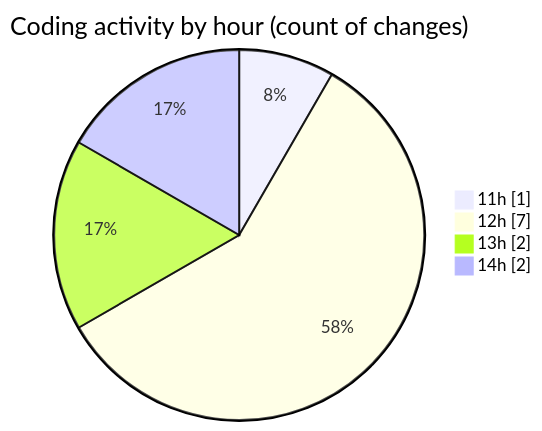
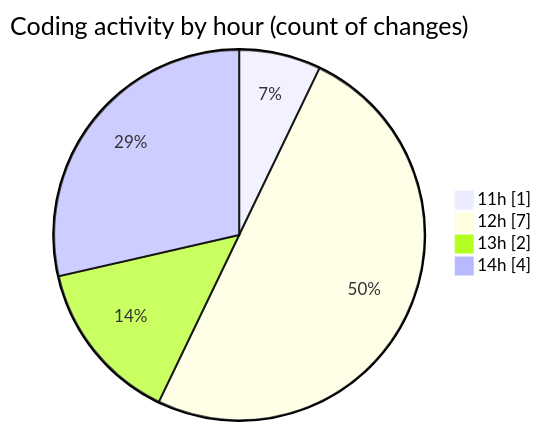
Before and after one commit to momahboobian/code-tracking: the second of 2 diagrams in 2025-06-09/cda/README.md, drawn with Mermaid. The commit also changed other lines of this file and 1 other file, not shown here.

````diff
--- a/2025-06-09/cda/README.md
+++ b/2025-06-09/cda/README.md
@@ -36,8 +38,8 @@
 ```mermaid
 pie showData
 title Coding activity by hour (count of changes)
 "11h" : 1
 "12h" : 7
 "13h" : 2
-"14h" : 2
+"14h" : 4
 ```
````
